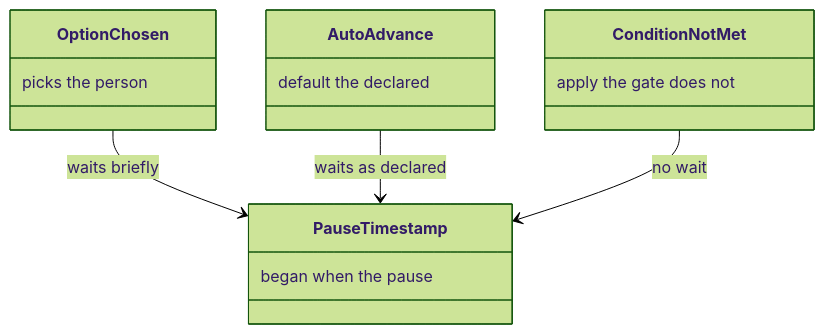
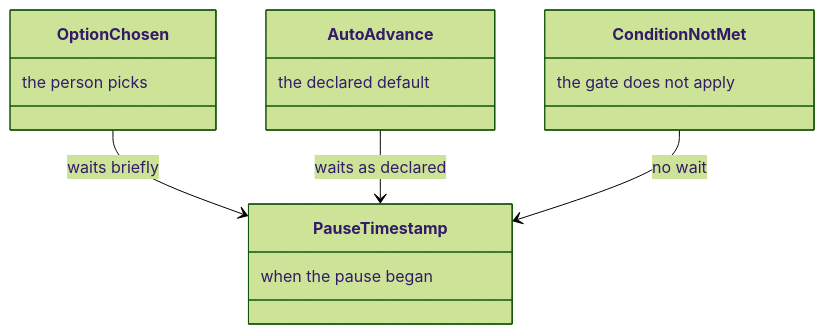
Before and after one commit to m2ux/workflow-server: diagram 12 of 22 in docs/checkpoint.md, drawn with Mermaid (forest theme). The commit also changed other lines of this file and 10 other files, not shown here.

Commit message:
Write each class-box note in reading order so the diagram shows the phrase as written.

````diff
--- a/docs/checkpoint.md
+++ b/docs/checkpoint.md
@@ -269,18 +269,18 @@
 ```mermaid
 classDiagram
   class OptionChosen {
-    picks the person
+    the person picks
   }
   class AutoAdvance {
-    default the declared
+    the declared default
   }
   class ConditionNotMet {
-    apply the gate does not
+    the gate does not apply
   }
   class PauseTimestamp {
-    began when the pause
+    when the pause began
   }
   OptionChosen --> PauseTimestamp : waits briefly
   AutoAdvance --> PauseTimestamp : waits as declared
   ConditionNotMet --> PauseTimestamp : no wait
 ```
````
